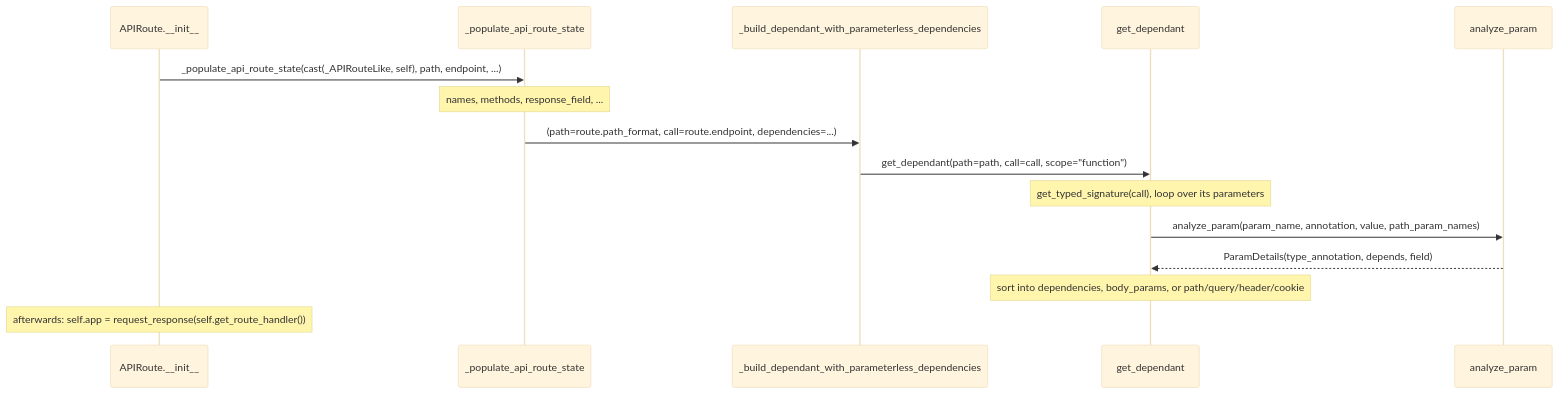
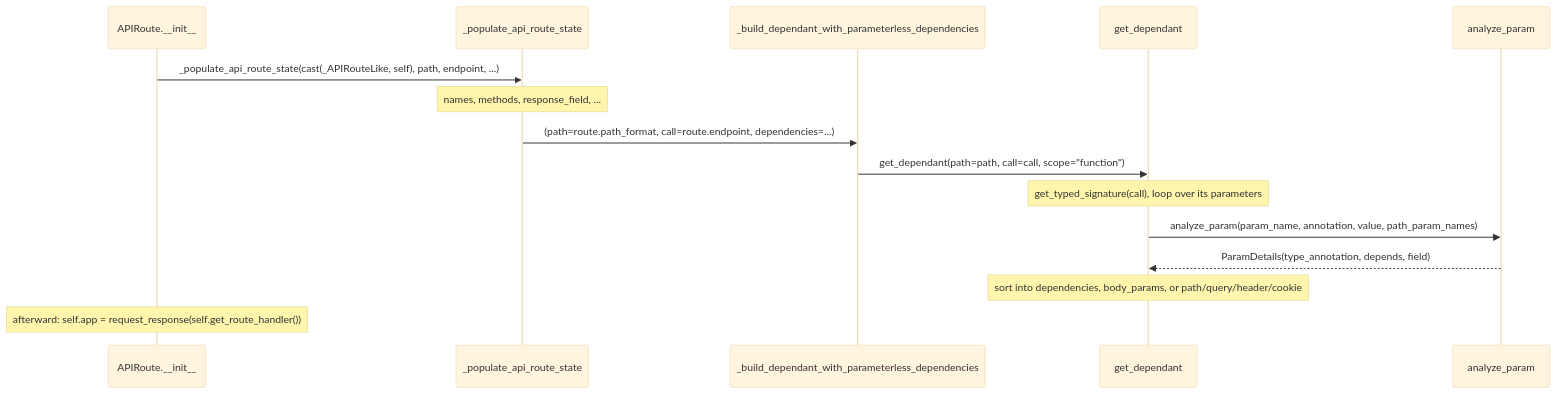
Before and after one commit to anshiwang8/codespaceleetcode: the diagram in content/solutions/fastapi-trace-001.md, drawn with Mermaid (base theme). The commit also changed other lines of this file and 139 other files, not shown here.

````diff
--- a/content/solutions/fastapi-trace-001.md
+++ b/content/solutions/fastapi-trace-001.md
@@ -9,17 +9,17 @@
 ```mermaid
 sequenceDiagram
     participant I as APIRoute.__init__
     participant P as _populate_api_route_state
     participant B as _build_dependant_with_parameterless_dependencies
     participant G as get_dependant
     participant A as analyze_param
     I->>P: _populate_api_route_state(cast(_APIRouteLike, self), path, endpoint, ...)
     Note over P: names, methods, response_field, ...
     P->>B: (path=route.path_format, call=route.endpoint, dependencies=...)
     B->>G: get_dependant(path=path, call=call, scope="function")
     Note over G: get_typed_signature(call), loop over its parameters
     G->>A: analyze_param(param_name, annotation, value, path_param_names)
     A-->>G: ParamDetails(type_annotation, depends, field)
     Note over G: sort into dependencies, body_params, or path/query/header/cookie
-    Note over I: afterwards: self.app = request_response(self.get_route_handler())
+    Note over I: afterward: self.app = request_response(self.get_route_handler())
 ```
````
